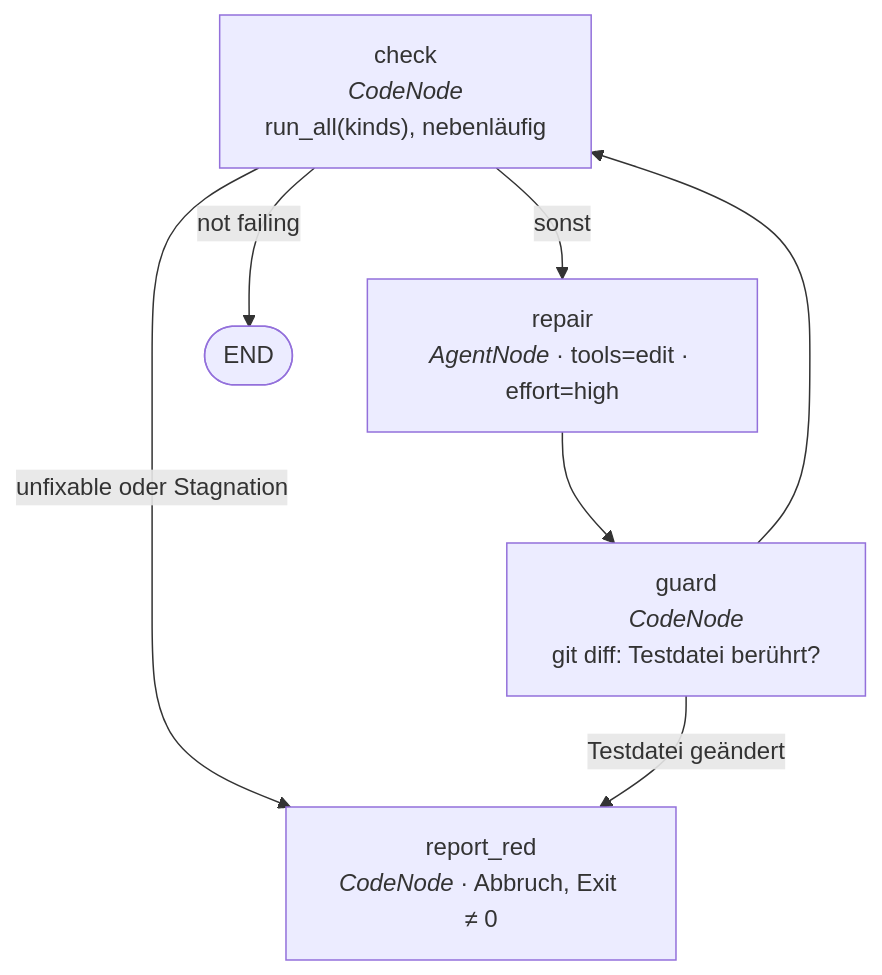
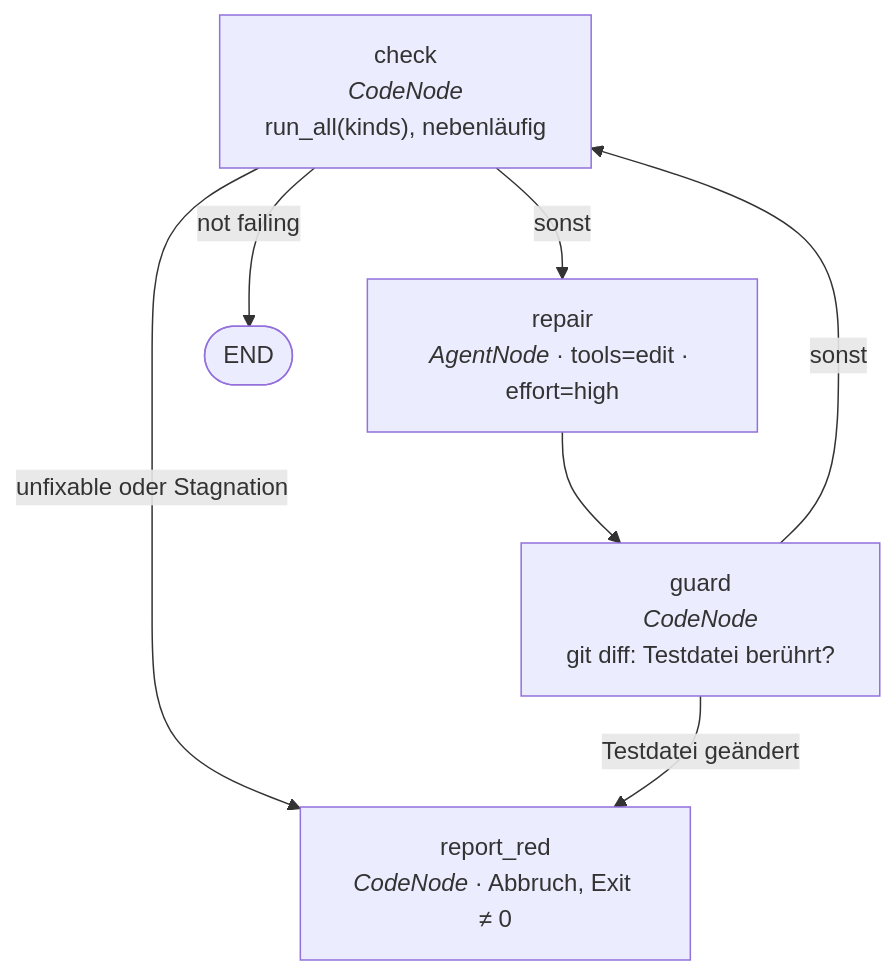
One commit to xidus90/ultra-loom changed the diagram in docs/.superpowers/specs/2026-08-22-teilprojekt-2-verify-until-green-design.md. Above: the diagram before and after it, drawn with Mermaid. The commit also changed other lines of this file, not shown here.

Commit message:
Order the guard edges so the unconditional one comes last

````diff
--- a/docs/.superpowers/specs/2026-08-22-teilprojekt-2-verify-until-green-design.md
+++ b/docs/.superpowers/specs/2026-08-22-teilprojekt-2-verify-until-green-design.md
@@ -196,14 +200,14 @@
 ```mermaid
 flowchart TD
     check["check<br/><i>CodeNode</i><br/>run_all(kinds), nebenläufig"]
     repair["repair<br/><i>AgentNode</i> · tools=edit · effort=high"]
     guard["guard<br/><i>CodeNode</i><br/>git diff: Testdatei berührt?"]
     red["report_red<br/><i>CodeNode</i> · Abbruch, Exit ≠ 0"]
 
     check -->|"not failing"| END([END])
     check -->|"unfixable oder Stagnation"| red
     check -->|"sonst"| repair
     repair --> guard
-    guard --> check
+    guard -->|"sonst"| check
     guard -->|"Testdatei geändert"| red
 ```
````
